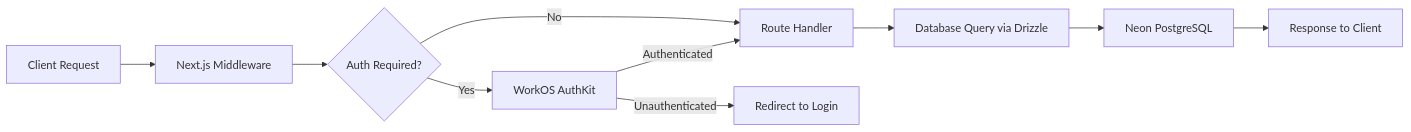
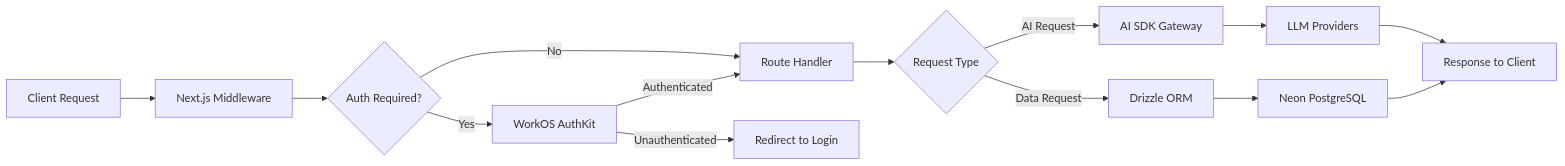
The diagram in README.md (elizaOS/cloud), drawn with Mermaid before and after one commit. The commit also changed other lines of this file, not shown here.

````diff
--- a/README.md
+++ b/README.md
@@ -53,12 +106,16 @@
 ```mermaid
 graph LR
     A[Client Request] --> B[Next.js Middleware]
     B --> C{Auth Required?}
     C -->|Yes| D[WorkOS AuthKit]
     C -->|No| E[Route Handler]
     D -->|Authenticated| E
     D -->|Unauthenticated| F[Redirect to Login]
-    E --> G[Database Query via Drizzle]
-    G --> H[Neon PostgreSQL]
-    H --> I[Response to Client]
+    E --> G{Request Type}
+    G -->|AI Request| H[AI SDK Gateway]
+    G -->|Data Request| I[Drizzle ORM]
+    H --> J[LLM Providers]
+    I --> K[Neon PostgreSQL]
+    J --> L[Response to Client]
+    K --> L
 ```
````
